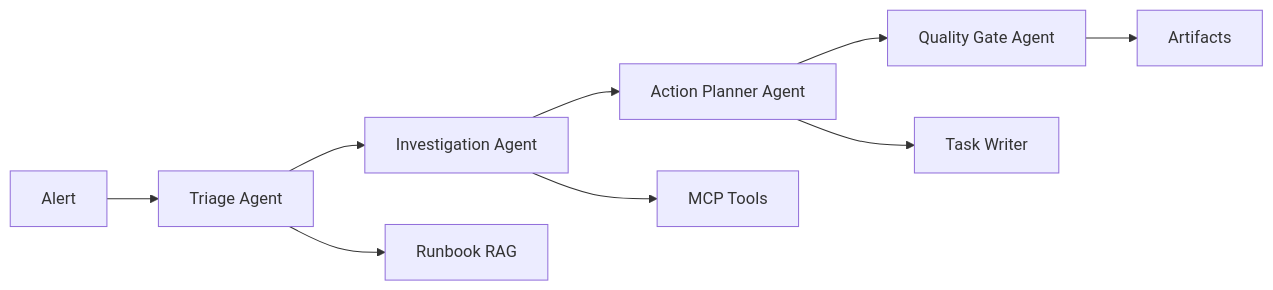
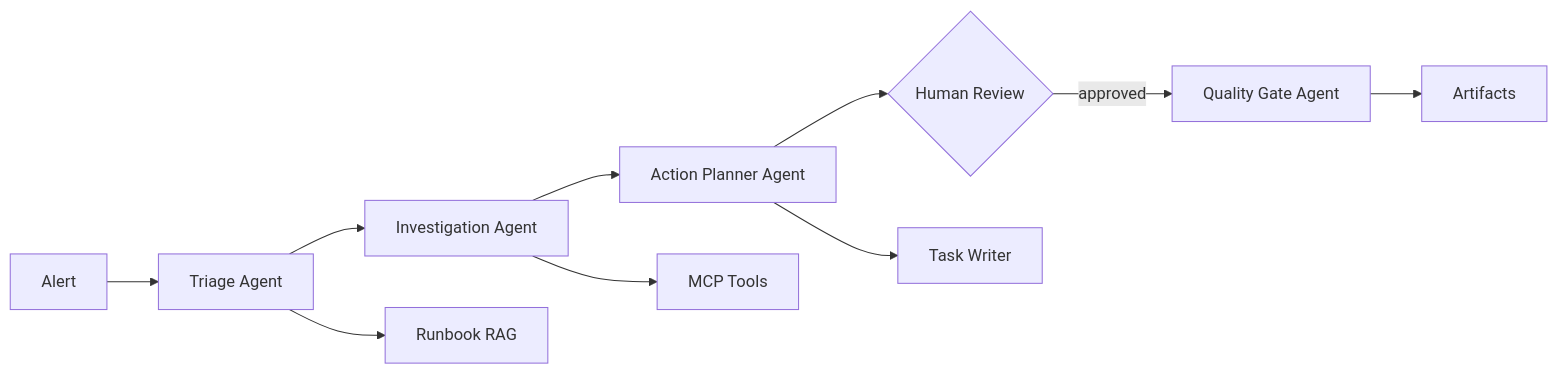
The diagram in instrumentation-genai/opentelemetry-instrumentation-langchain/examples/sre_incident_copilot/README.md (signalfx/splunk-otel-python-contrib), drawn with Mermaid before and after one commit. The commit also changed other lines of this file and 7 other files, not shown here.

````diff
--- a/instrumentation-genai/opentelemetry-instrumentation-langchain/examples/sre_incident_copilot/README.md
+++ b/instrumentation-genai/opentelemetry-instrumentation-langchain/examples/sre_incident_copilot/README.md
@@ -32,12 +32,13 @@
 ```mermaid
 graph LR
     A[Alert] --> B[Triage Agent]
     B --> C[Investigation Agent]
     C --> D[Action Planner Agent]
-    D --> E[Quality Gate Agent]
+    D --> HR{Human Review}
+    HR -->|approved| E[Quality Gate Agent]
     E --> F[Artifacts]
 
     C --> G[MCP Tools]
     B --> H[Runbook RAG]
     D --> I[Task Writer]
 ```
````
